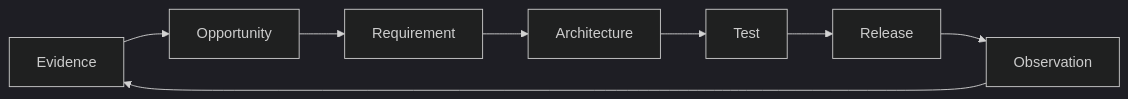
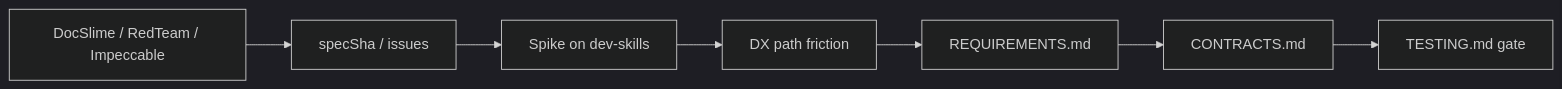
Before and after one commit to DecisionNerd/t3-coordinator: the diagram in docs/experience/README.md, drawn with Mermaid (dark theme). The commit also changed other lines of this file and 45 other files, not shown here.

````diff
--- a/docs/experience/README.md
+++ b/docs/experience/README.md
@@ -65,10 +30,9 @@
 ```mermaid
 flowchart LR
-    Evidence["Evidence"] --> Opportunity["Opportunity"]
-    Opportunity --> Requirement["Requirement"]
-    Requirement --> Architecture["Architecture"]
-    Architecture --> Test["Test"]
-    Test --> Release["Release"]
-    Release --> Observation["Observation"]
-    Observation --> Evidence
+  Craft["DocSlime / RedTeam / Impeccable"] --> Spec["specSha / issues"]
+  Spec --> Spike["Spike on dev-skills"]
+  Spike --> Opportunity["DX path friction"]
+  Opportunity --> Requirement["REQUIREMENTS.md"]
+  Requirement --> Contracts["CONTRACTS.md"]
+  Contracts --> Test["TESTING.md gate"]
 ```
````
